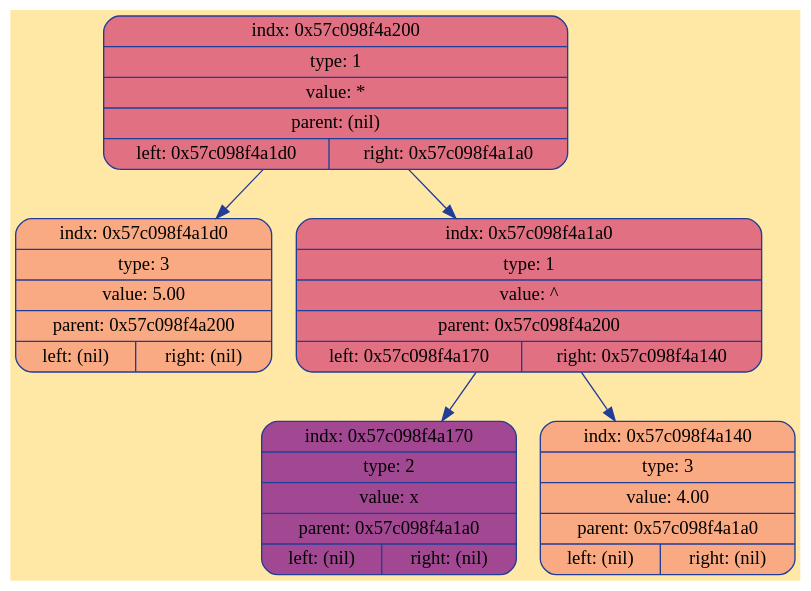
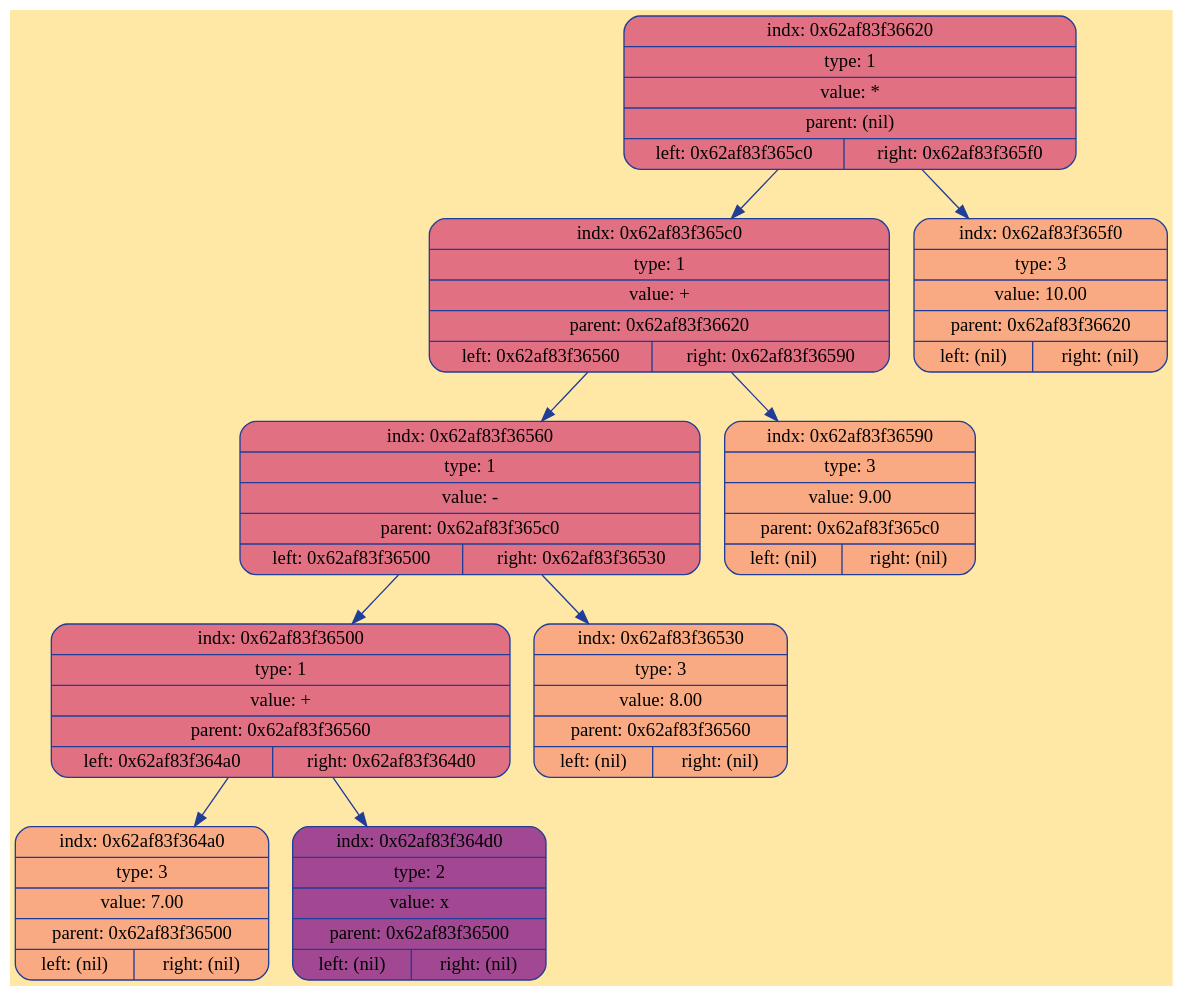
Before and after one commit to ksshkh/differentiator: the diagram in debug/tree.dot, drawn with Graphviz. The commit also changed 13 other files, not shown here.

```diff
--- a/debug/tree.dot
+++ b/debug/tree.dot
@@ -1,15 +1,23 @@
 digraph Tree {
 	rankdir = TB;
 	node [shape = record];
 	edge [color = "#203D98"];
 	bgcolor = "#FFE7A5";
-	node0x57c098f4a200 [color = "#203D98", shape = Mrecord, style = filled, fillcolor = "#E07082", label = "{indx: 0x57c098f4a200 | type: 1 | value: * | parent: (nil) | { left: 0x57c098f4a1d0 | right: 0x57c098f4a1a0}}"];
-		node0x57c098f4a200 -> node0x57c098f4a1d0
-	node0x57c098f4a1d0 [color = "#203D98", shape = Mrecord, style = filled, fillcolor = "#FAAA82", label = "{indx: 0x57c098f4a1d0 | type: 3 | value: 5.00 | parent: 0x57c098f4a200 | { left: (nil) | right: (nil)}}"];
-		node0x57c098f4a200 -> node0x57c098f4a1a0
-	node0x57c098f4a1a0 [color = "#203D98", shape = Mrecord, style = filled, fillcolor = "#E07082", label = "{indx: 0x57c098f4a1a0 | type: 1 | value: ^ | parent: 0x57c098f4a200 | { left: 0x57c098f4a170 | right: 0x57c098f4a140}}"];
-		node0x57c098f4a1a0 -> node0x57c098f4a170
-	node0x57c098f4a170 [color = "#203D98", shape = Mrecord, style = filled, fillcolor = "#A24892", label = "{indx: 0x57c098f4a170 | type: 2 | value: x | parent: 0x57c098f4a1a0 | { left: (nil) | right: (nil)}}"];
-		node0x57c098f4a1a0 -> node0x57c098f4a140
-	node0x57c098f4a140 [color = "#203D98", shape = Mrecord, style = filled, fillcolor = "#FAAA82", label = "{indx: 0x57c098f4a140 | type: 3 | value: 4.00 | parent: 0x57c098f4a1a0 | { left: (nil) | right: (nil)}}"];
+	node0x62af83f36620 [color = "#203D98", shape = Mrecord, style = filled, fillcolor = "#E07082", label = "{indx: 0x62af83f36620 | type: 1 | value: * | parent: (nil) | { left: 0x62af83f365c0 | right: 0x62af83f365f0}}"];
+		node0x62af83f36620 -> node0x62af83f365c0
+	node0x62af83f365c0 [color = "#203D98", shape = Mrecord, style = filled, fillcolor = "#E07082", label = "{indx: 0x62af83f365c0 | type: 1 | value: + | parent: 0x62af83f36620 | { left: 0x62af83f36560 | right: 0x62af83f36590}}"];
+		node0x62af83f365c0 -> node0x62af83f36560
+	node0x62af83f36560 [color = "#203D98", shape = Mrecord, style = filled, fillcolor = "#E07082", label = "{indx: 0x62af83f36560 | type: 1 | value: - | parent: 0x62af83f365c0 | { left: 0x62af83f36500 | right: 0x62af83f36530}}"];
+		node0x62af83f36560 -> node0x62af83f36500
+	node0x62af83f36500 [color = "#203D98", shape = Mrecord, style = filled, fillcolor = "#E07082", label = "{indx: 0x62af83f36500 | type: 1 | value: + | parent: 0x62af83f36560 | { left: 0x62af83f364a0 | right: 0x62af83f364d0}}"];
+		node0x62af83f36500 -> node0x62af83f364a0
+	node0x62af83f364a0 [color = "#203D98", shape = Mrecord, style = filled, fillcolor = "#FAAA82", label = "{indx: 0x62af83f364a0 | type: 3 | value: 7.00 | parent: 0x62af83f36500 | { left: (nil) | right: (nil)}}"];
+		node0x62af83f36500 -> node0x62af83f364d0
+	node0x62af83f364d0 [color = "#203D98", shape = Mrecord, style = filled, fillcolor = "#A24892", label = "{indx: 0x62af83f364d0 | type: 2 | value: x | parent: 0x62af83f36500 | { left: (nil) | right: (nil)}}"];
+		node0x62af83f36560 -> node0x62af83f36530
+	node0x62af83f36530 [color = "#203D98", shape = Mrecord, style = filled, fillcolor = "#FAAA82", label = "{indx: 0x62af83f36530 | type: 3 | value: 8.00 | parent: 0x62af83f36560 | { left: (nil) | right: (nil)}}"];
+		node0x62af83f365c0 -> node0x62af83f36590
+	node0x62af83f36590 [color = "#203D98", shape = Mrecord, style = filled, fillcolor = "#FAAA82", label = "{indx: 0x62af83f36590 | type: 3 | value: 9.00 | parent: 0x62af83f365c0 | { left: (nil) | right: (nil)}}"];
+		node0x62af83f36620 -> node0x62af83f365f0
+	node0x62af83f365f0 [color = "#203D98", shape = Mrecord, style = filled, fillcolor = "#FAAA82", label = "{indx: 0x62af83f365f0 | type: 3 | value: 10.00 | parent: 0x62af83f36620 | { left: (nil) | right: (nil)}}"];
 }
```
